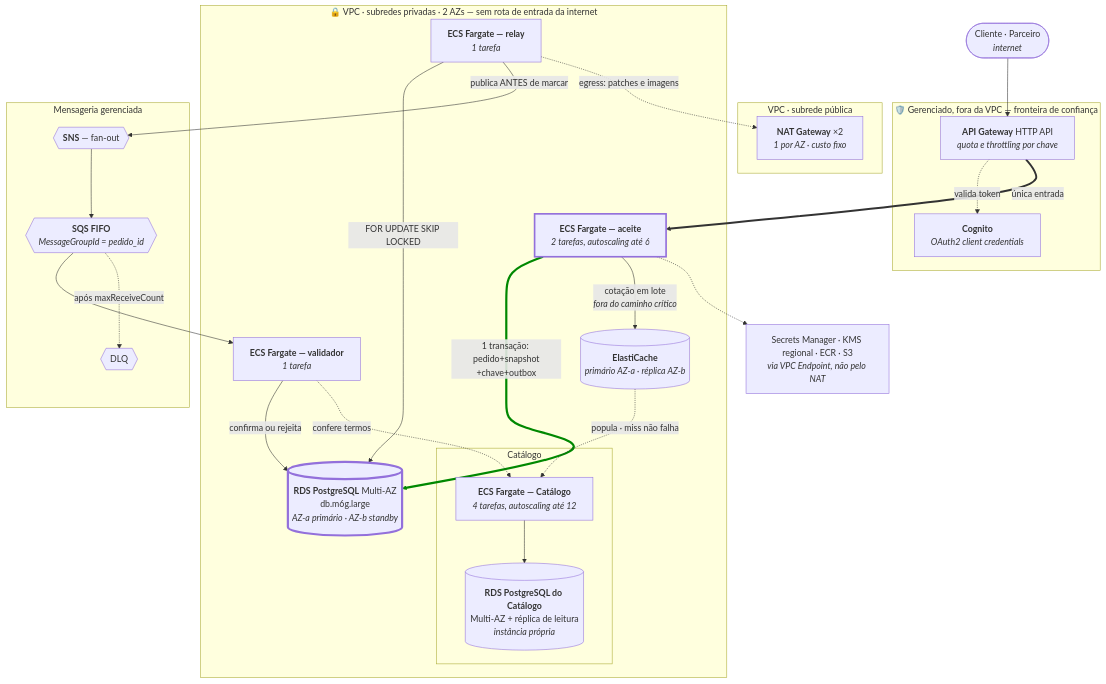
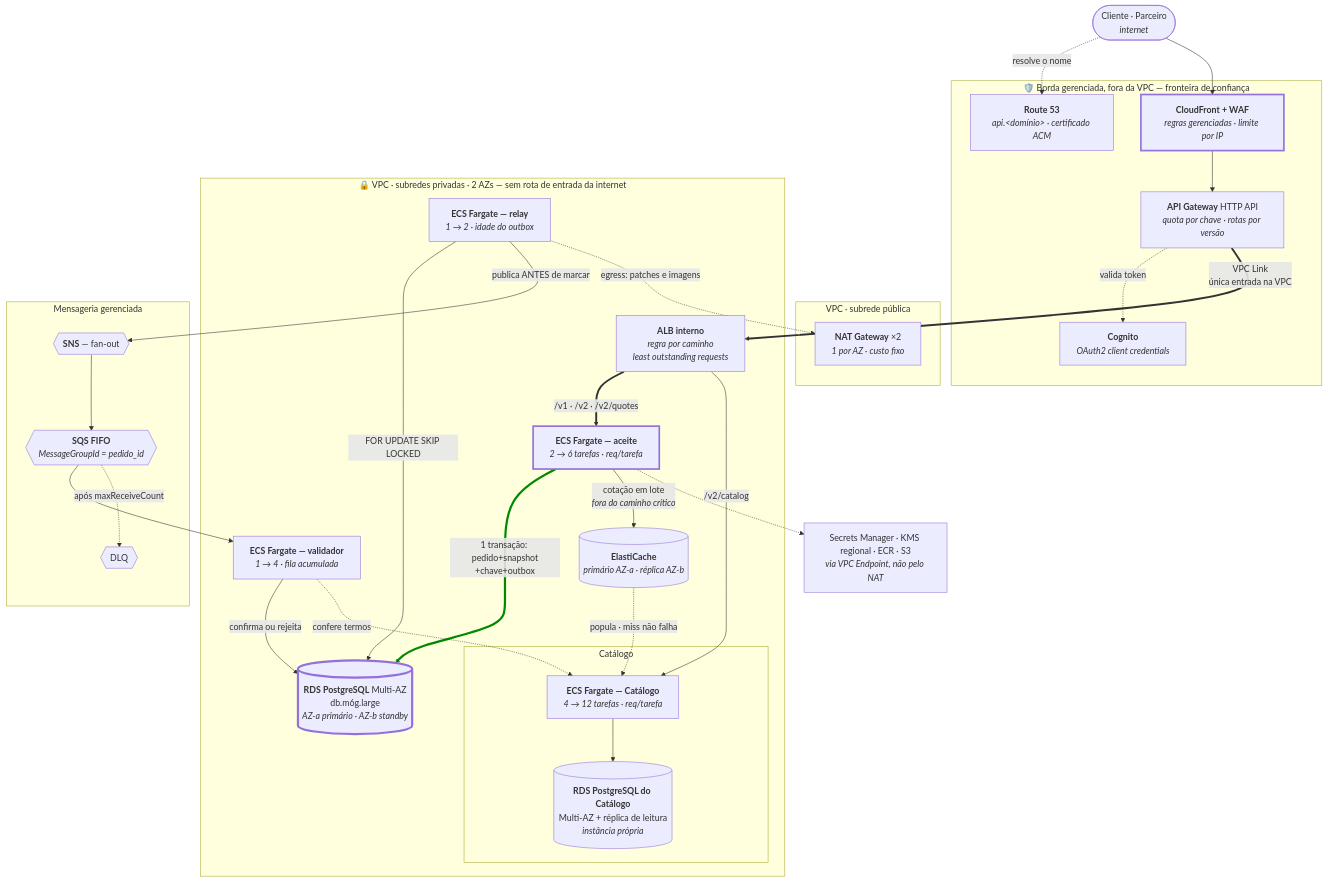
The diagram in docs/technical-context/servicos-aws.md (fmoreira1990/solution_architect), drawn with Mermaid before and after one commit. The commit also changed other lines of this file and 13 other files, not shown here.

````diff
--- a/docs/technical-context/servicos-aws.md
+++ b/docs/technical-context/servicos-aws.md
@@ -41,58 +41,66 @@
 ```mermaid
 flowchart TB
     ext(["Cliente · Parceiro<br/><i>internet</i>"])
 
-    subgraph borda["🛡️ Gerenciado, fora da VPC — fronteira de confiança"]
-        apigw["<b>API Gateway</b> HTTP API<br/><i>quota e throttling por chave</i>"]
+    subgraph borda["🛡️ Borda gerenciada, fora da VPC — fronteira de confiança"]
+        r53["<b>Route 53</b><br/><i>api.&lt;domínio&gt; · certificado ACM</i>"]
+        cf["<b>CloudFront + WAF</b><br/><i>regras gerenciadas · limite por IP</i>"]
+        apigw["<b>API Gateway</b> HTTP API<br/><i>quota por chave · rotas por versão</i>"]
         cognito["<b>Cognito</b><br/><i>OAuth2 client credentials</i>"]
     end
 
     subgraph pubnet["VPC · subrede pública"]
         nat["<b>NAT Gateway</b> ×2<br/><i>1 por AZ · custo fixo</i>"]
     end
 
     subgraph privnet["🔒 VPC · subredes privadas · 2 AZs — sem rota de entrada da internet"]
-        aceite["<b>ECS Fargate — aceite</b><br/><i>2 tarefas, autoscaling até 6</i>"]
-        relay["<b>ECS Fargate — relay</b><br/><i>1 tarefa</i>"]
-        valid["<b>ECS Fargate — validador</b><br/><i>1 tarefa</i>"]
+        alb["<b>ALB interno</b><br/><i>regra por caminho<br/>least outstanding requests</i>"]
+        aceite["<b>ECS Fargate — aceite</b><br/><i>2 → 6 tarefas · req/tarefa</i>"]
+        relay["<b>ECS Fargate — relay</b><br/><i>1 → 2 · idade do outbox</i>"]
+        valid["<b>ECS Fargate — validador</b><br/><i>1 → 4 · fila acumulada</i>"]
         rds[("<b>RDS PostgreSQL</b> Multi-AZ<br/>db.m6g.large<br/><i>AZ-a primário · AZ-b standby</i>")]
         cache[("<b>ElastiCache</b><br/><i>primário AZ-a · réplica AZ-b</i>")]
 
         subgraph catb["Catálogo"]
-            catsvc["<b>ECS Fargate — Catálogo</b><br/><i>4 tarefas, autoscaling até 12</i>"]
+            catsvc["<b>ECS Fargate — Catálogo</b><br/><i>4 → 12 tarefas · req/tarefa</i>"]
             catrds[("<b>RDS PostgreSQL do Catálogo</b><br/>Multi-AZ + réplica de leitura<br/><i>instância própria</i>")]
         end
     end
 
     subgraph msg["Mensageria gerenciada"]
         sns{{"<b>SNS</b> — fan-out"}}
         sqs{{"<b>SQS FIFO</b><br/><i>MessageGroupId = pedido_id</i>"}}
         dlq{{"DLQ"}}
     end
 
     apoio["Secrets Manager · KMS regional · ECR · S3<br/><i>via VPC Endpoint, não pelo NAT</i>"]
 
-    ext --> apigw
+    ext -.->|"resolve o nome"| r53
+    ext --> cf
+    cf --> apigw
     apigw -.->|"valida token"| cognito
-    apigw ==>|"única entrada"| aceite
+    apigw ==>|"VPC Link<br/>única entrada na VPC"| alb
+    alb ==>|"/v1 · /v2 · /v2/quotes"| aceite
+    alb -->|"/v2/catalog"| catsvc
 
     aceite ===>|"1 transação: pedido+snapshot<br/>+chave+outbox"| rds
     aceite -->|"cotação em lote<br/><i>fora do caminho crítico</i>"| cache
     cache -.->|"popula · miss não falha"| catsvc
 
     relay -->|"FOR UPDATE SKIP LOCKED"| rds
     relay -->|"publica ANTES de marcar"| sns
     sns --> sqs
     sqs --> valid
     sqs -.->|"após maxReceiveCount"| dlq
     valid -->|"confirma ou rejeita"| rds
     valid -.->|"confere termos"| catsvc
 
     aceite -.-> apoio
     relay -.->|"egress: patches e imagens"| nat
     catsvc --> catrds
 
     style rds stroke-width:4px
     style aceite stroke-width:3px
-    linkStyle 3 stroke:#080,stroke-width:4px
+    style cf stroke-width:3px
+    linkStyle 7 stroke:#080,stroke-width:4px
 ```
````
